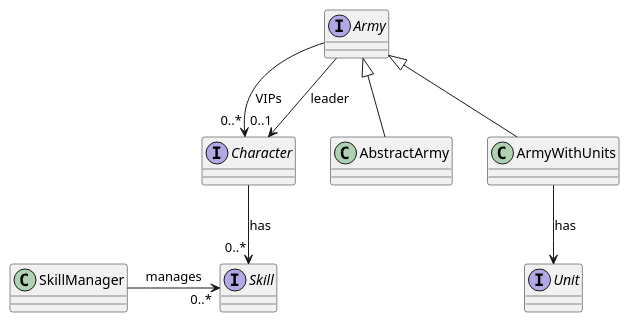
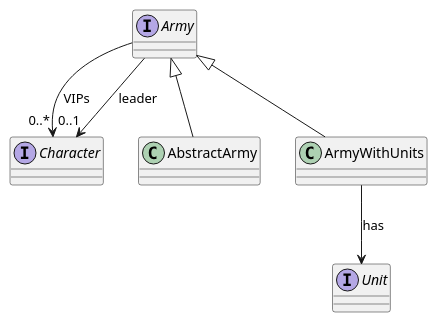
Before and after one commit to Orchaldir/FantasyWorldSimulation: the diagram in FantasyWorldSimulation/docs/design/war/class-diagrams/overview.puml, drawn with PlantUML. The commit also changed 4 other files, not shown here.

```diff
--- a/FantasyWorldSimulation/docs/design/war/class-diagrams/overview.puml
+++ b/FantasyWorldSimulation/docs/design/war/class-diagrams/overview.puml
@@ -1,17 +1,11 @@
 @startuml
 interface Army
 interface Character
-interface Skill
 interface Unit
 
 Army <|-- AbstractArmy
 Army <|-- ArmyWithUnits
 Army --> "0..*" Character : VIPs
 Army --> "0..1" Character : leader
 ArmyWithUnits --> Unit : has
-
-Character --> "0..*" Skill: has
-
-SkillManager -right-> "0..*" Skill: manages
-
 @enduml
```
